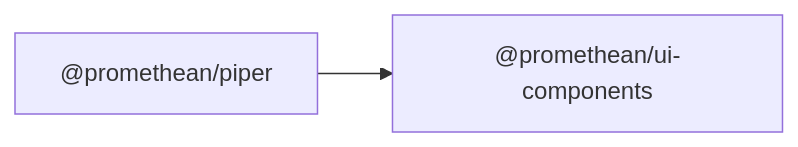
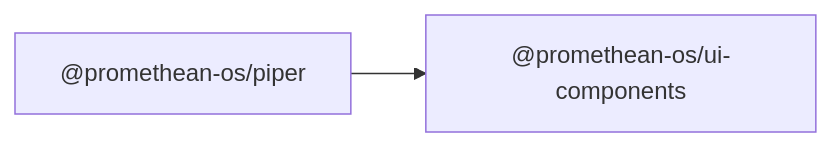
The diagram in docs/packages/ui-components/README.md (octave-commons/promethean), drawn with Mermaid before and after one commit. The commit also changed other lines of this file and 1753 other files, not shown here.

````diff
--- a/docs/packages/ui-components/README.md
+++ b/docs/packages/ui-components/README.md
@@ -14,7 +14,7 @@
 ```mermaid
 graph LR
-  A["@promethean/ui-components"]
-  R1["@promethean/piper"]
-  R1["@promethean/piper"] --> A
-  click R1 "../piper/README.md" "@promethean/piper"
+  A["@promethean-os/ui-components"]
+  R1["@promethean-os/piper"]
+  R1["@promethean-os/piper"] --> A
+  click R1 "../piper/README.md" "@promethean-os/piper"
 ```
````
